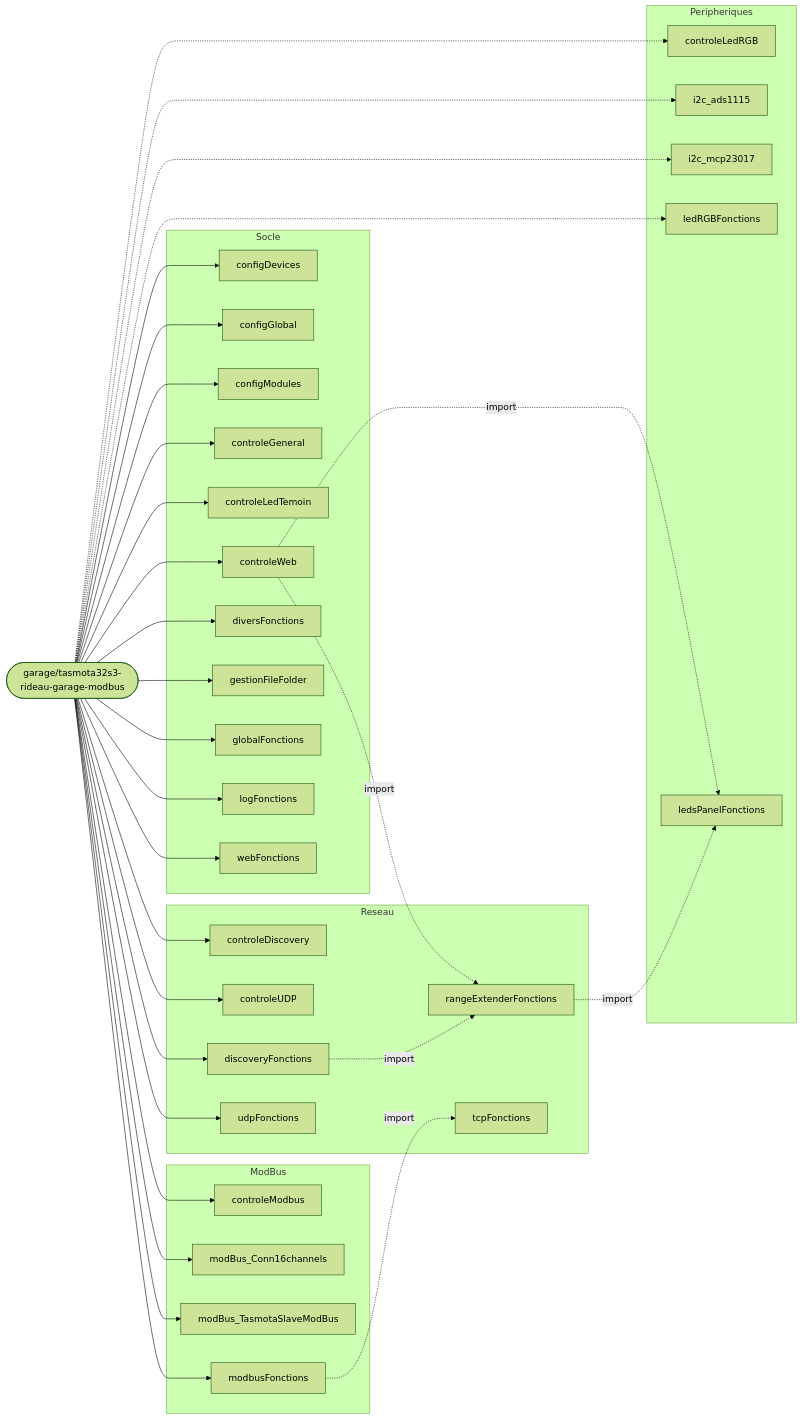
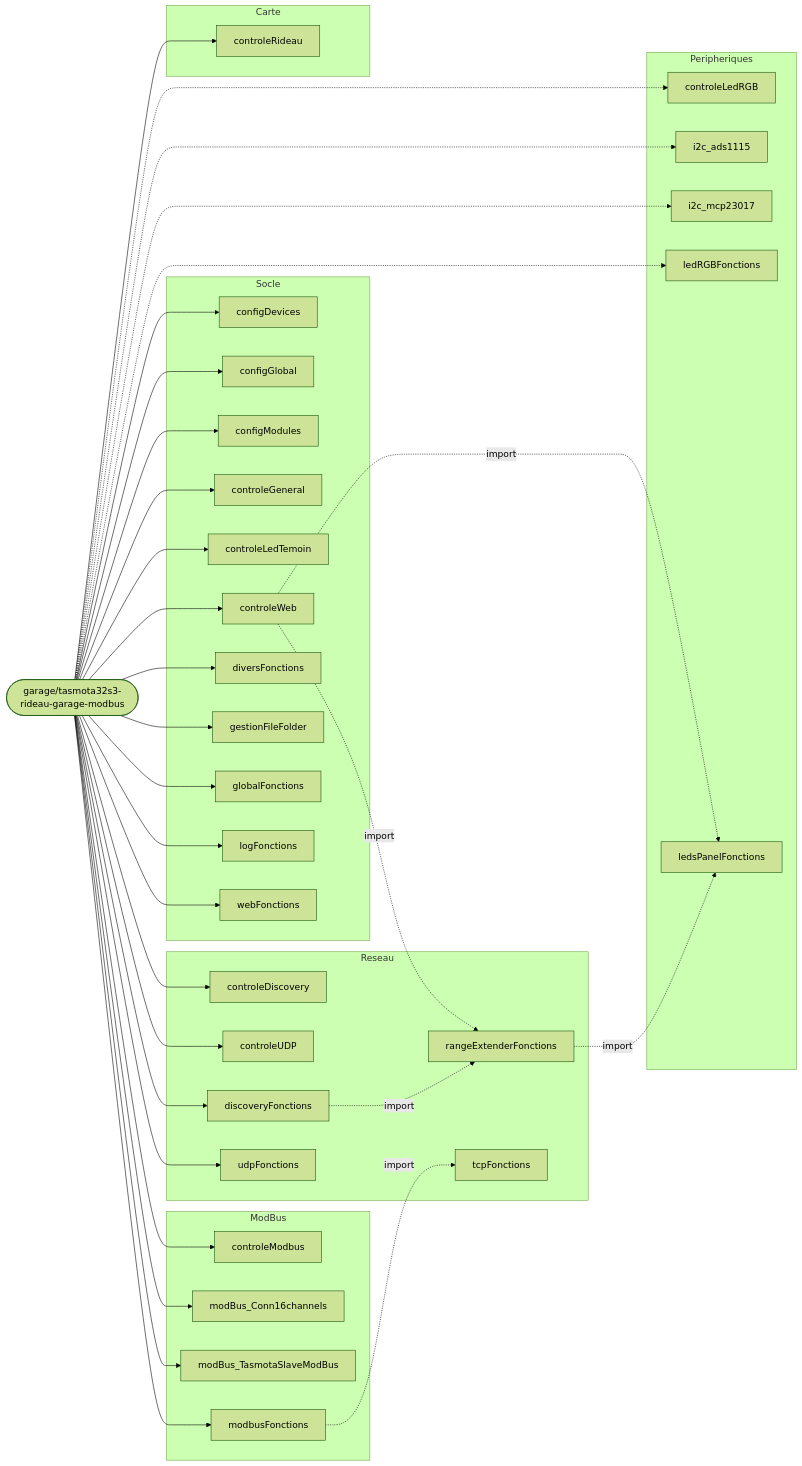
One commit to fdaubercy/Tasmota changed the seventh of 8 diagrams in outils_docs/CARTE_MODULES_BERRY.md. Above: the diagram before and after it, drawn with Mermaid (forest theme). The commit also changed other lines of this file and 12 other files, not shown here.

````diff
--- a/outils_docs/CARTE_MODULES_BERRY.md
+++ b/outils_docs/CARTE_MODULES_BERRY.md
@@ -537,66 +536,70 @@
 ```mermaid
 flowchart LR
     CARTE(["garage/tasmota32s3-rideau-garage-modbus"])
     subgraph g_Socle["Socle"]
         m_configDevices["configDevices"]
         m_configGlobal["configGlobal"]
         m_configModules["configModules"]
         m_controleGeneral["controleGeneral"]
         m_controleLedTemoin["controleLedTemoin"]
         m_controleWeb["controleWeb"]
         m_diversFonctions["diversFonctions"]
         m_gestionFileFolder["gestionFileFolder"]
         m_globalFonctions["globalFonctions"]
         m_logFonctions["logFonctions"]
         m_webFonctions["webFonctions"]
     end
     subgraph g_Reseau["Reseau"]
         m_controleDiscovery["controleDiscovery"]
         m_controleUDP["controleUDP"]
         m_discoveryFonctions["discoveryFonctions"]
         m_rangeExtenderFonctions["rangeExtenderFonctions"]
         m_tcpFonctions["tcpFonctions"]
         m_udpFonctions["udpFonctions"]
     end
     subgraph g_ModBus["ModBus"]
         m_controleModbus["controleModbus"]
         m_modBus_Conn16channels["modBus_Conn16channels"]
         m_modBus_TasmotaSlaveModBus["modBus_TasmotaSlaveModBus"]
         m_modbusFonctions["modbusFonctions"]
     end
     subgraph g_Peripheriques["Peripheriques"]
         m_controleLedRGB["controleLedRGB"]
         m_i2c_ads1115["i2c_ads1115"]
         m_i2c_mcp23017["i2c_mcp23017"]
         m_ledRGBFonctions["ledRGBFonctions"]
         m_ledsPanelFonctions["ledsPanelFonctions"]
     end
+    subgraph g_Carte["Carte"]
+        m_controleRideau["controleRideau"]
+    end
     CARTE --> m_configDevices
     CARTE --> m_configGlobal
     CARTE --> m_configModules
     CARTE --> m_controleGeneral
     CARTE --> m_controleLedTemoin
     CARTE --> m_controleWeb
     CARTE --> m_diversFonctions
     CARTE --> m_gestionFileFolder
     CARTE --> m_globalFonctions
     CARTE --> m_logFonctions
     CARTE --> m_webFonctions
     CARTE --> m_controleDiscovery
     CARTE --> m_controleUDP
     CARTE --> m_discoveryFonctions
     m_controleWeb -.->|import| m_rangeExtenderFonctions
     m_discoveryFonctions -.->|import| m_rangeExtenderFonctions
     m_modbusFonctions -.->|import| m_tcpFonctions
     CARTE --> m_udpFonctions
     CARTE --> m_controleModbus
     CARTE --> m_modBus_Conn16channels
     CARTE --> m_modBus_TasmotaSlaveModBus
     CARTE --> m_modbusFonctions
     CARTE -.-> m_controleLedRGB
     CARTE -.-> m_i2c_ads1115
     CARTE -.-> m_i2c_mcp23017
     CARTE -.-> m_ledRGBFonctions
     m_controleWeb -.->|import| m_ledsPanelFonctions
     m_rangeExtenderFonctions -.->|import| m_ledsPanelFonctions
+    CARTE --> m_controleRideau
 ```
````
